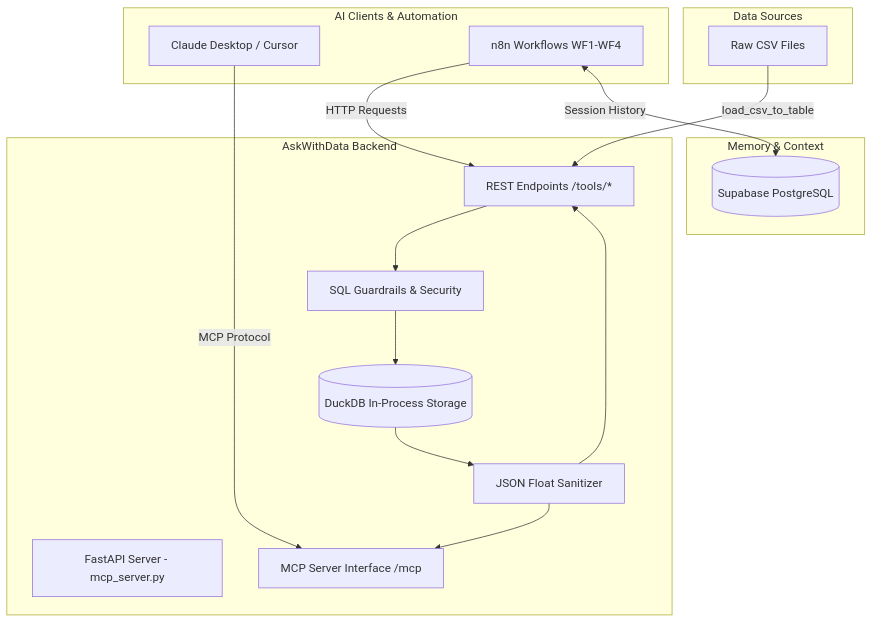
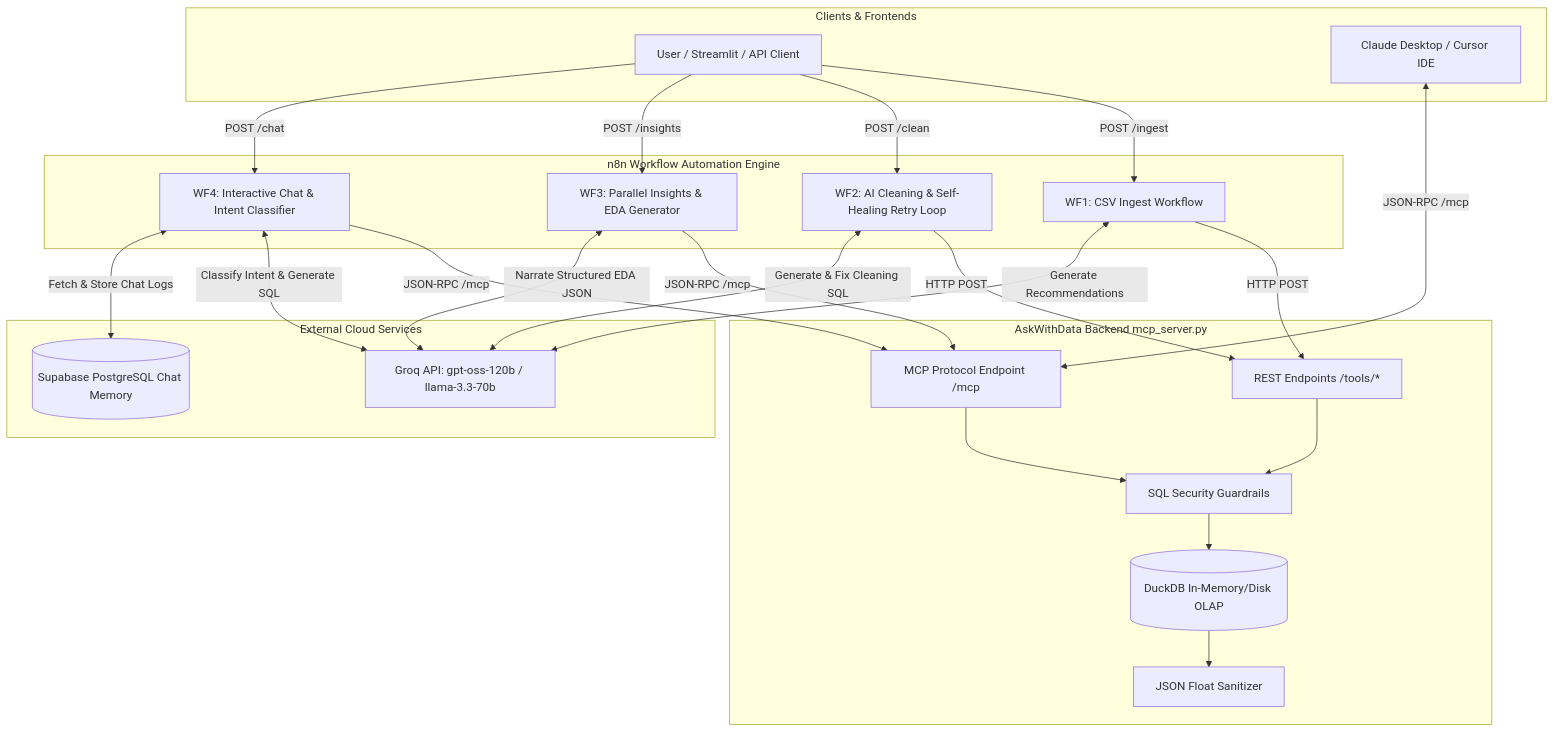
The diagram in README.md (redhunt777/ask-with-data), drawn with Mermaid before and after one commit. The commit also changed other lines of this file, not shown here.

Commit message:
Update README.md to enhance project description, architecture details, and workflow breakdowns

````diff
--- a/README.md
+++ b/README.md
@@ -27,34 +28,50 @@
 ```mermaid
 flowchart TD
-    subgraph Data Sources
-        CSV[Raw CSV Files]
+    subgraph Clients & Frontends
+        User[User / Streamlit / API Client]
+        Claude[Claude Desktop / Cursor IDE]
     end
 
-    subgraph AskWithData Backend
-        API[FastAPI Server - mcp_server.py]
-        DuckDB[(DuckDB In-Process Storage)]
-        MCP[MCP Server Interface /mcp]
-        REST[REST Endpoints /tools/*]
-        Sanitizer[JSON Float Sanitizer]
-        Guardrails[SQL Guardrails & Security]
+    subgraph n8n Workflow Automation Engine
+        WF1[WF1: CSV Ingest Workflow]
+        WF2[WF2: AI Cleaning & Self-Healing Retry Loop]
+        WF3[WF3: Parallel Insights & EDA Generator]
+        WF4[WF4: Interactive Chat & Intent Classifier]
     end
 
-    subgraph AI Clients & Automation
-        Claude[Claude Desktop / Cursor]
-        N8N[n8n Workflows WF1-WF4]
+    subgraph AskWithData Backend mcp_server.py
+        REST[REST Endpoints /tools/*]
+        MCP[MCP Protocol Endpoint /mcp]
+        Guard[SQL Security Guardrails]
+        Sanitizer[JSON Float Sanitizer]
+        DuckDB[(DuckDB In-Memory/Disk OLAP)]
     end
 
-    subgraph Memory & Context
-        Supabase[(Supabase PostgreSQL)]
+    subgraph External Cloud Services
+        Groq[Groq API: gpt-oss-120b / llama-3.3-70b]
+        Supabase[(Supabase PostgreSQL Chat Memory)]
     end
 
-    CSV -->|load_csv_to_table| REST
-    Claude -->|MCP Protocol| MCP
-    N8N -->|HTTP Requests| REST
-    REST --> Guardrails
-    Guardrails --> DuckDB
+    User -->|POST /ingest| WF1
+    User -->|POST /clean| WF2
+    User -->|POST /insights| WF3
+    User -->|POST /chat| WF4
+
+    Claude <-->|JSON-RPC /mcp| MCP
+
+    WF1 -->|HTTP POST| REST
+    WF2 -->|HTTP POST| REST
+    WF3 -->|JSON-RPC /mcp| MCP
+    WF4 -->|JSON-RPC /mcp| MCP
+
+    WF1 <-->|Generate Recommendations| Groq
+    WF2 <-->|Generate & Fix Cleaning SQL| Groq
+    WF3 <-->|Narrate Structured EDA JSON| Groq
+    WF4 <-->|Classify Intent & Generate SQL| Groq
+    WF4 <-->|Fetch & Store Chat Logs| Supabase
+
+    REST --> Guard
+    MCP --> Guard
+    Guard --> DuckDB
     DuckDB --> Sanitizer
-    Sanitizer --> REST
-    Sanitizer --> MCP
-    N8N <-->|Session History| Supabase
 ```
````
